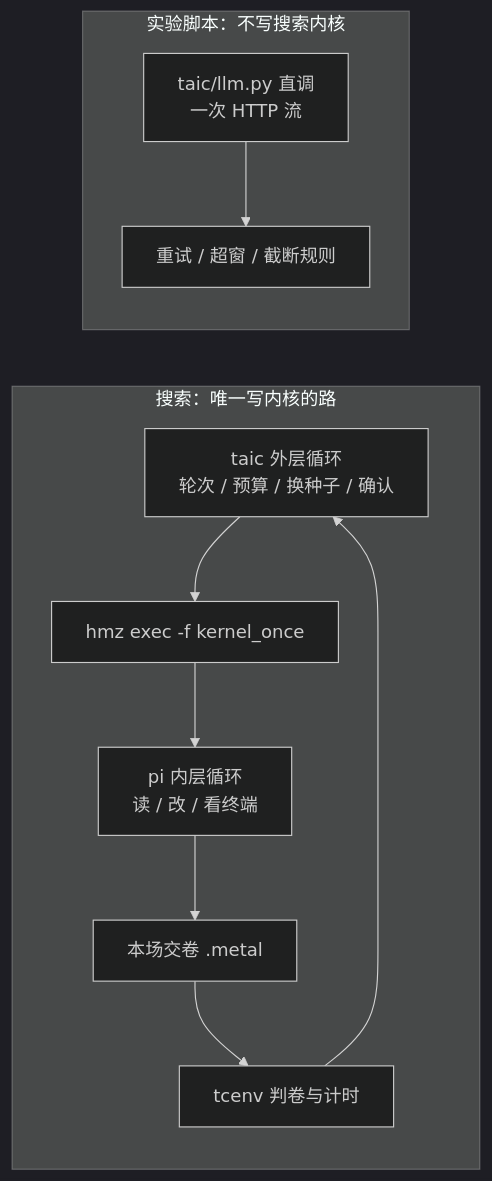
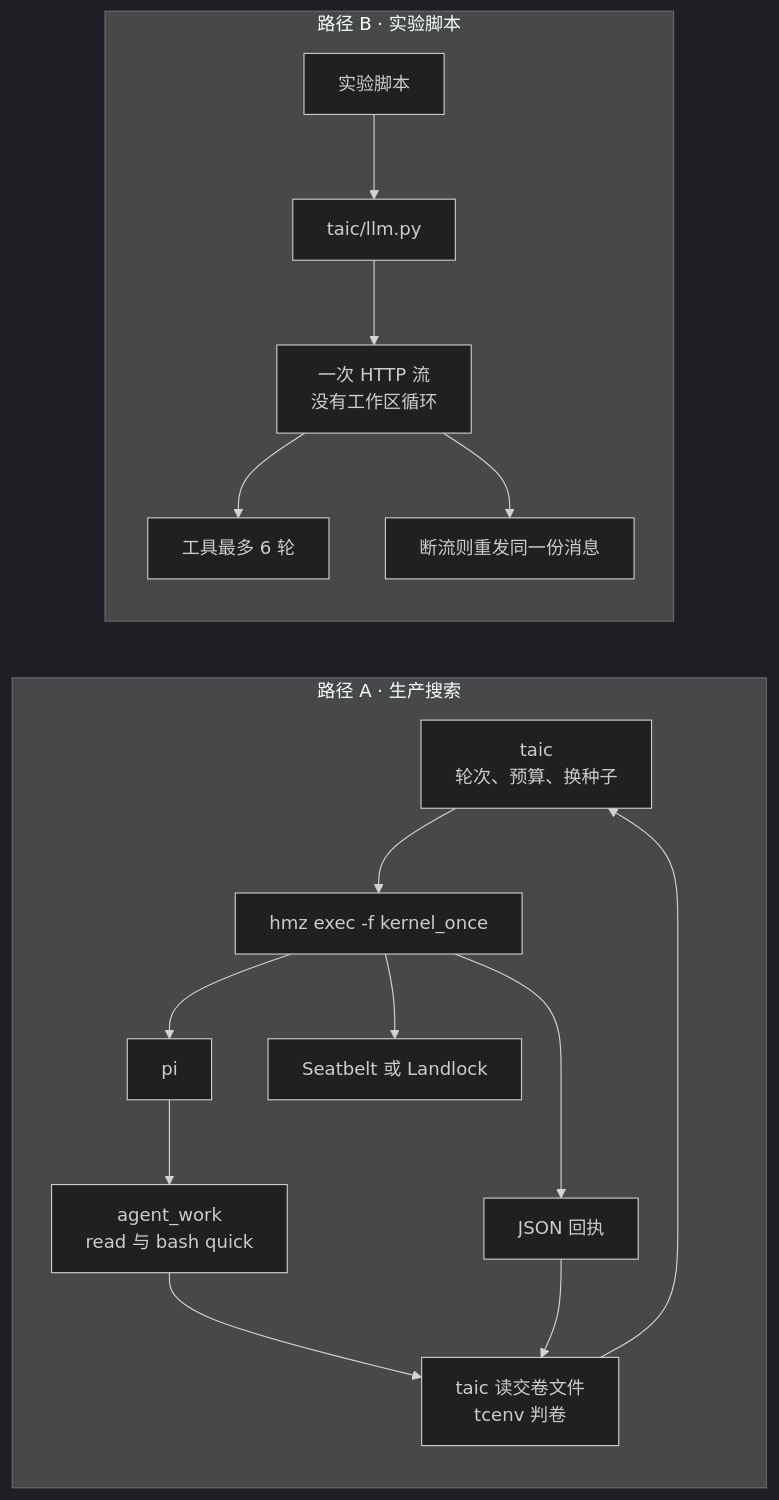
One commit to kuafuwang/ShapeForge changed the diagram in docs/直调与hmz取舍.md. Above: the diagram before and after it, drawn with Mermaid (dark theme). The commit also changed other lines of this file and 41 other files, not shown here.

First line of the commit message:
docs: explain the live architecture with diagrams instead of jargon

````diff
--- a/docs/直调与hmz取舍.md
+++ b/docs/直调与hmz取舍.md
@@ -24,13 +32,19 @@
 ```mermaid
 flowchart LR
-  subgraph SEARCH["搜索：唯一写内核的路"]
-    T["taic 外层循环<br/>轮次 / 预算 / 换种子 / 确认"] --> H["hmz exec -f kernel_once"]
-    H --> PI["pi 内层循环<br/>读 / 改 / 看终端"]
-    PI --> K["本场交卷 .metal"]
-    K --> E["tcenv 判卷与计时"]
+  subgraph A["路径 A · 生产搜索"]
+    T["taic<br/>轮次、预算、换种子"] --> H["hmz exec -f kernel_once"]
+    H --> P["pi"]
+    P --> W["agent_work<br/>read 与 bash quick"]
+    H --> F["Seatbelt 或 Landlock"]
+    H --> R["JSON 回执"]
+    W --> E["taic 读交卷文件<br/>tcenv 判卷"]
+    R --> E
     E --> T
   end
-  subgraph SCRIPT["实验脚本：不写搜索内核"]
-    L["taic/llm.py 直调<br/>一次 HTTP 流"] --> C["重试 / 超窗 / 截断规则"]
+  subgraph B["路径 B · 实验脚本"]
+    S["实验脚本"] --> L["taic/llm.py"]
+    L --> HTTP["一次 HTTP 流<br/>没有工作区循环"]
+    HTTP --> N["工具最多 6 轮"]
+    HTTP --> Retry["断流则重发同一份消息"]
   end
 ```
````
